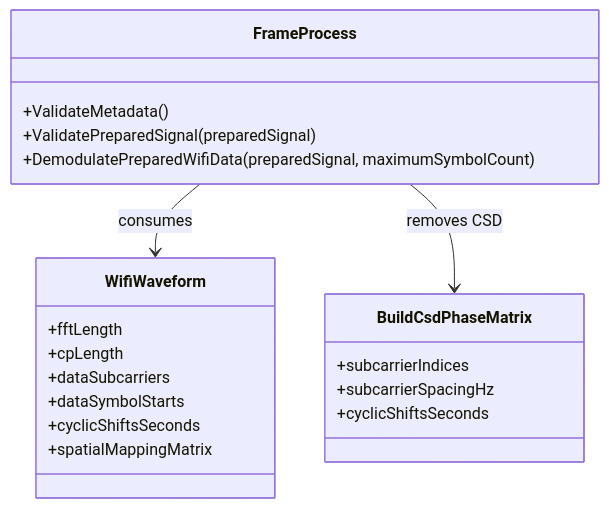
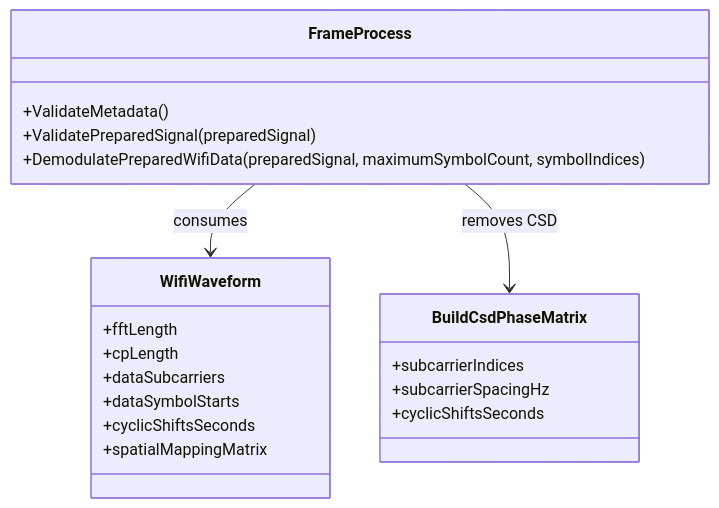
One commit to niyilu45/DPD_ILC changed the second of 2 diagrams in doc/FrameProcess.md. Above: the diagram before and after it, drawn with Mermaid. The commit also changed other lines of this file and 8 other files, not shown here.

````diff
--- a/doc/FrameProcess.md
+++ b/doc/FrameProcess.md
@@ -97,23 +97,23 @@
 ```mermaid
 classDiagram
     class WifiWaveform {
         +fftLength
         +cpLength
         +dataSubcarriers
         +dataSymbolStarts
         +cyclicShiftsSeconds
         +spatialMappingMatrix
     }
     class FrameProcess {
         +ValidateMetadata()
         +ValidatePreparedSignal(preparedSignal)
-        +DemodulatePreparedWifiData(preparedSignal, maximumSymbolCount)
+        +DemodulatePreparedWifiData(preparedSignal, maximumSymbolCount, symbolIndices)
     }
     class BuildCsdPhaseMatrix {
         +subcarrierIndices
         +subcarrierSpacingHz
         +cyclicShiftsSeconds
     }
     FrameProcess --> WifiWaveform : consumes
     FrameProcess --> BuildCsdPhaseMatrix : removes CSD
 ```
````
